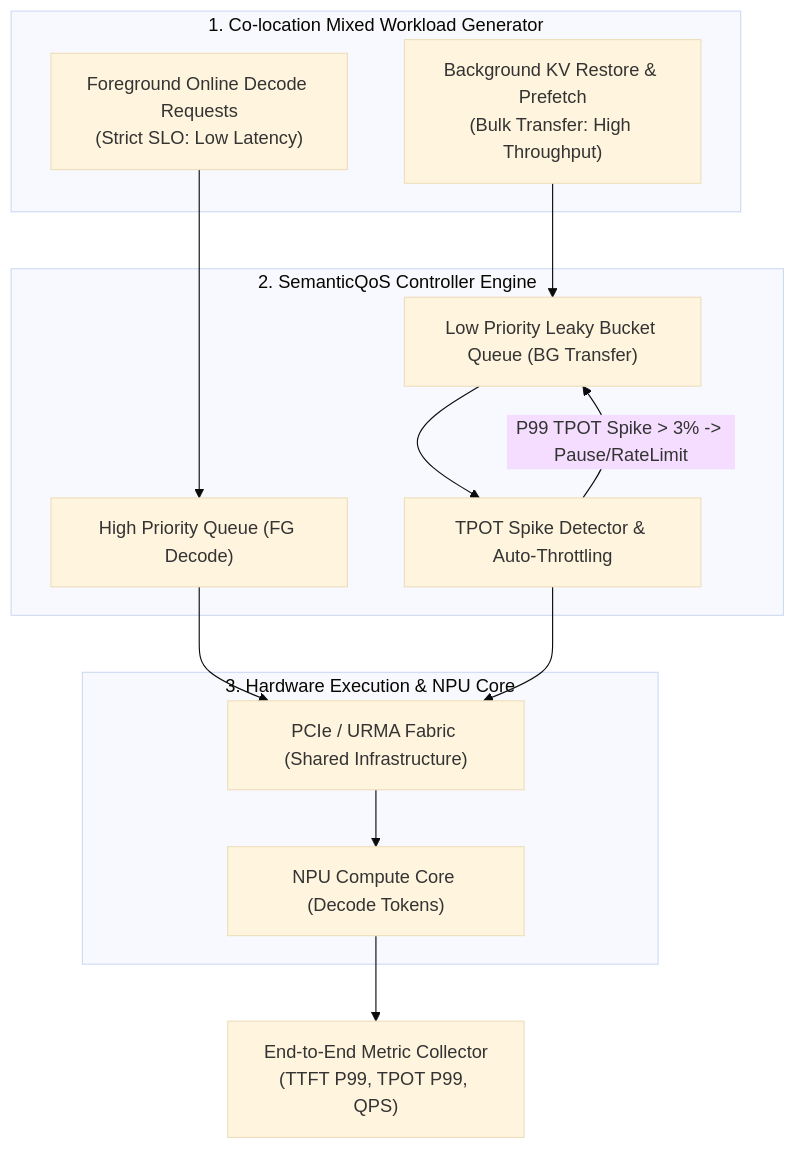
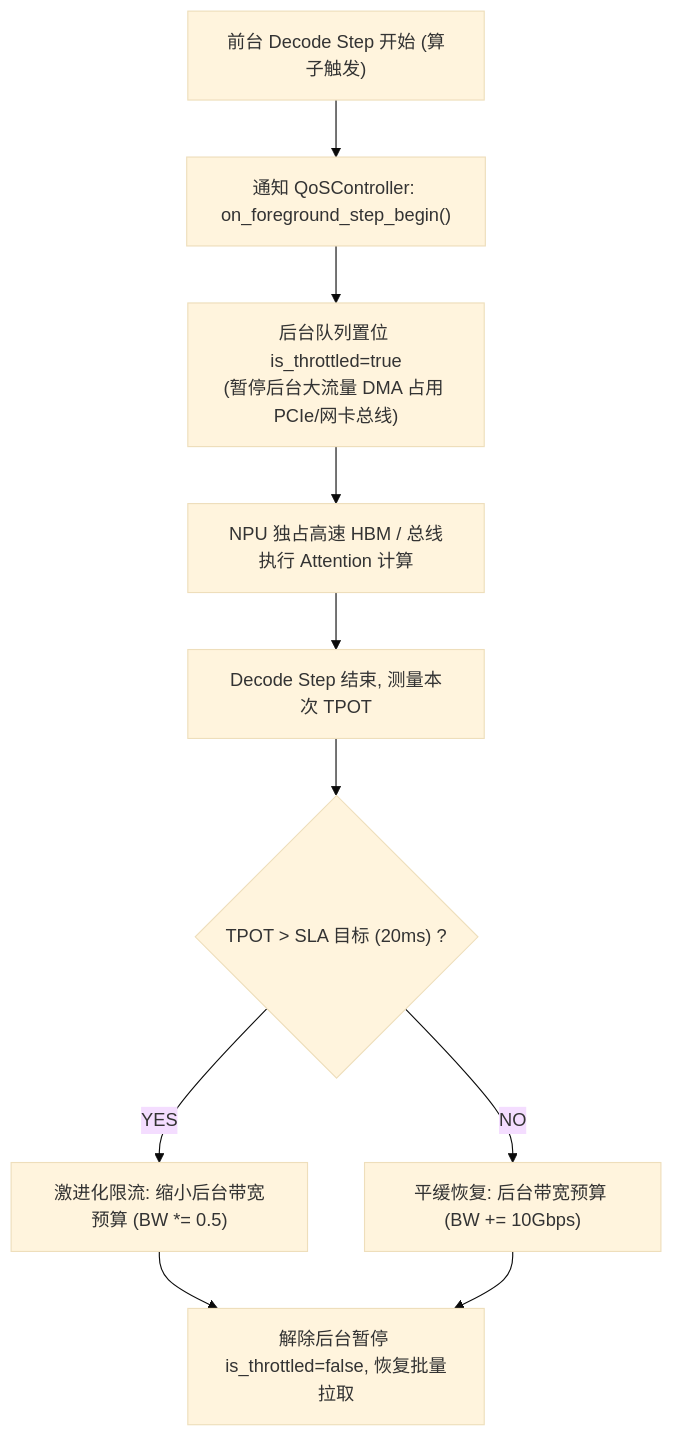
The first of 2 diagrams in kvcache/unified_kv_memory/提前验证方案设计/验证计划方案设计/08_PVT-07_前后台混压端到端薄闭环与SemanticQoS干扰包络验证实施方案设计.md (stonetree/reports), drawn with Mermaid (base theme) before and after one commit. The commit also changed other lines of this file and 51 other files, not shown here.

````diff
--- a/kvcache/unified_kv_memory/提前验证方案设计/验证计划方案设计/08_PVT-07_前后台混压端到端薄闭环与SemanticQoS干扰包络验证实施方案设计.md
+++ b/kvcache/unified_kv_memory/提前验证方案设计/验证计划方案设计/08_PVT-07_前后台混压端到端薄闭环与SemanticQoS干扰包络验证实施方案设计.md
@@ -56,29 +61,12 @@
 ```mermaid
 flowchart TD
-    subgraph Workload_Mix["1. Co-location Mixed Workload Generator"]
-        Foreground_Req["Foreground Online Decode Requests<br/>(Strict SLO: Low Latency)"]
-        Background_Req["Background KV Restore & Prefetch<br/>(Bulk Transfer: High Throughput)"]
-    end
-
-    subgraph Semantic_QoS["2. SemanticQoS Controller Engine"]
-        Queue_FG["High Priority Queue (FG Decode)"]
-        Queue_BG["Low Priority Leaky Bucket Queue (BG Transfer)"]
-        Throttle_Logic["TPOT Spike Detector & Auto-Throttling"]
-    end
-
-    subgraph Hardware_Execution["3. Hardware Execution & NPU Core"]
-        NPU_Core["NPU Compute Core (Decode Tokens)"]
-        PCIe_URMA["PCIe / URMA Fabric (Shared Infrastructure)"]
-    end
-
-    Foreground_Req --> Queue_FG
-    Background_Req --> Queue_BG
-
-    Queue_FG --> PCIe_URMA
-    Queue_BG --> Throttle_Logic
-    Throttle_Logic -->|P99 TPOT Spike > 3% -> Pause/RateLimit| Queue_BG
-    Throttle_Logic --> PCIe_URMA
-
-    PCIe_URMA --> NPU_Core
-    NPU_Core --> MetricCollector["End-to-End Metric Collector<br/>(TTFT P99, TPOT P99, QPS)"]
+    FgEvent["前台 Decode Step 开始 (算子触发)"] --> NotifyQoS["通知 QoSController: on_foreground_step_begin()"]
+    NotifyQoS --> ThrottleBG["后台队列置位 is_throttled=true<br/>(暂停后台大流量 DMA 占用 PCIe/网卡总线)"]
+    ThrottleBG --> NpuCompute["NPU 独占高速 HBM / 总线执行 Attention 计算"]
+    NpuCompute --> FgDone["Decode Step 结束, 测量本次 TPOT"]
+    FgDone --> CheckSLA{"TPOT > SLA 目标 (20ms) ?"}
+    CheckSLA -- "YES" --> Penalize["激进化限流: 缩小后台带宽预算 (BW *= 0.5)"]
+    CheckSLA -- "NO" --> Restore["平缓恢复: 后台带宽预算 (BW += 10Gbps)"]
+    Penalize --> ResumeBG["解除后台暂停 is_throttled=false, 恢复批量拉取"]
+    Restore --> ResumeBG
 ```
````
